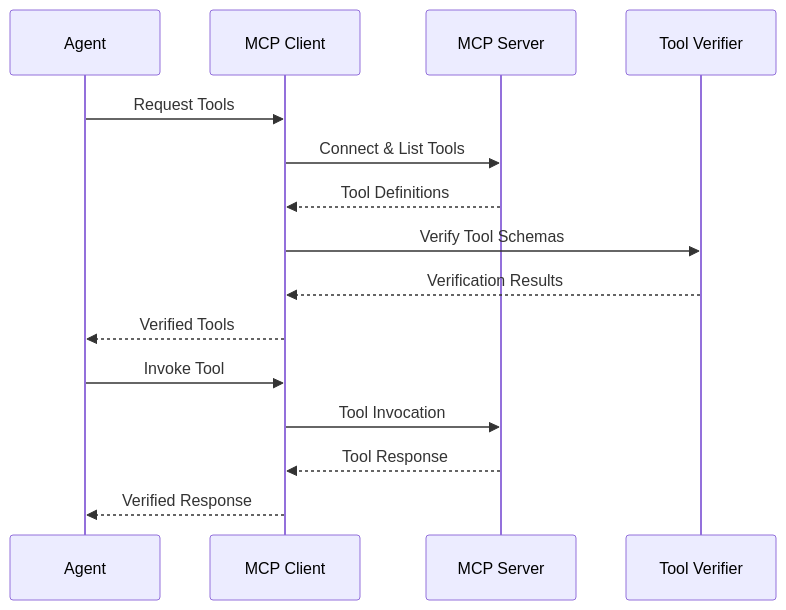
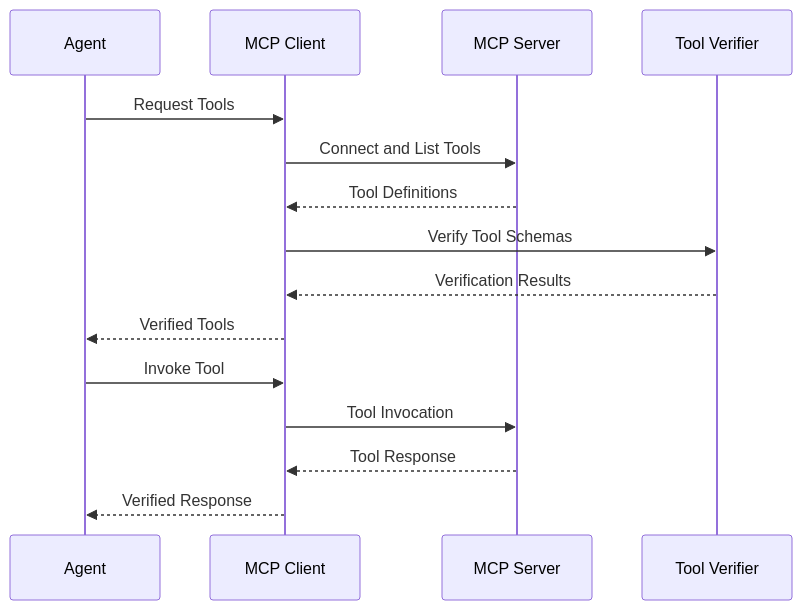
The third of 3 diagrams in docs/de/runtime-architecture.md (ThirdKeyAI/Symbiont), drawn with Mermaid before and after one commit. The commit also changed other lines of this file and 14 other files, not shown here.

Commit message:
Fix mermaid diagram syntax for v10 compatibility

````diff
--- a/docs/de/runtime-architecture.md
+++ b/docs/de/runtime-architecture.md
@@ -346,19 +346,19 @@
 ```mermaid
 sequenceDiagram
     participant Agent
     participant MCP as MCP Client
     participant Server as MCP Server
     participant Verifier as Tool Verifier
     
     Agent->>MCP: Request Tools
-    MCP->>Server: Connect & List Tools
+    MCP->>Server: Connect and List Tools
     Server-->>MCP: Tool Definitions
     MCP->>Verifier: Verify Tool Schemas
     Verifier-->>MCP: Verification Results
     MCP-->>Agent: Verified Tools
     
     Agent->>MCP: Invoke Tool
     MCP->>Server: Tool Invocation
     Server-->>MCP: Tool Response
     MCP-->>Agent: Verified Response
 ```
````
